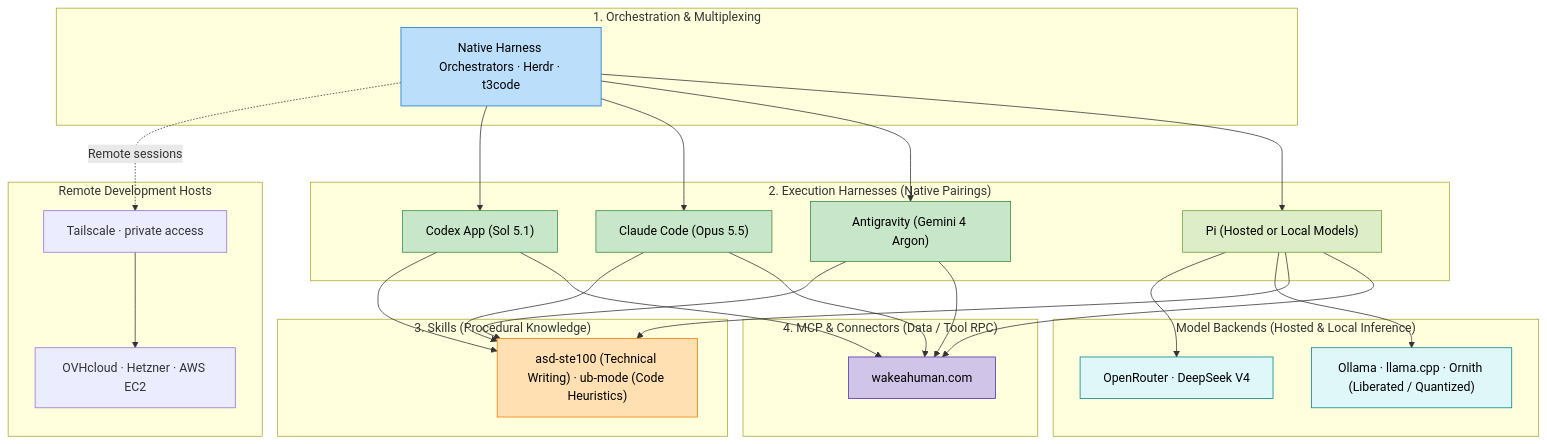
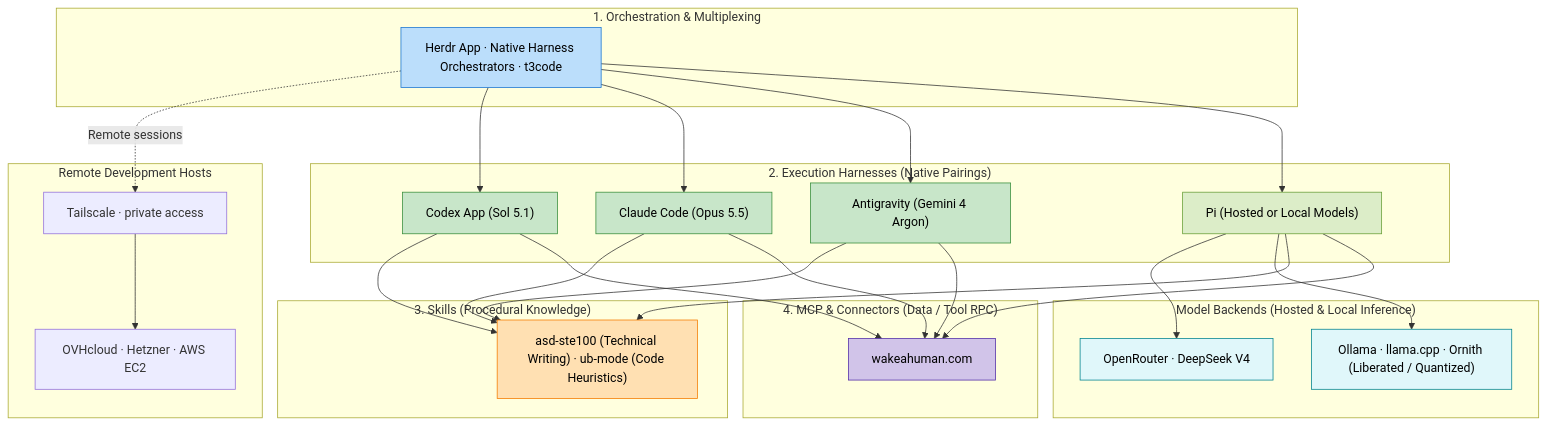
Before and after one commit to gel/gel.github.io: the first of 2 diagrams in content/generative-ai/1-intro/1_genai_environment.md, drawn with Mermaid. The commit also changed other lines of this file, not shown here.

Commit message:
Identify Herdr App as my current agent workspace in the stack

````diff
--- a/content/generative-ai/1-intro/1_genai_environment.md
+++ b/content/generative-ai/1-intro/1_genai_environment.md
@@ -16,48 +16,48 @@
 ```mermaid
 flowchart TD
     subgraph Layer1["1. Orchestration & Multiplexing"]
-        Orch["Native Harness Orchestrators · Herdr · t3code"]
+        Orch["Herdr App · Native Harness Orchestrators · t3code"]
     end
 
     subgraph Layer2["2. Execution Harnesses (Native Pairings)"]
         H_OpenAI["Codex App (Sol 5.1)"]
         H_Anthropic["Claude Code (Opus 5.5)"]
         H_Google["Antigravity (Gemini 4 Argon)"]
         H_Pi["Pi (Hosted or Local Models)"]
     end
 
     subgraph Layer3["3. Skills (Procedural Knowledge)"]
         Skills["asd-ste100 (Technical Writing) · ub-mode (Code Heuristics)"]
     end
 
     subgraph Layer4["4. MCP & Connectors (Data / Tool RPC)"]
         MCP["wakeahuman.com"]
     end
 
     subgraph Backends["Model Backends (Hosted & Local Inference)"]
         Hosted["OpenRouter · DeepSeek V4"]
         Local["Ollama · llama.cpp · Ornith (Liberated / Quantized)"]
     end
     H_Pi --> Hosted & Local
 
     subgraph Remote["Remote Development Hosts"]
         Tailnet["Tailscale · private access"]
         Machines["OVHcloud · Hetzner · AWS EC2"]
         Tailnet --> Machines
     end
     Orch -.->|Remote sessions| Tailnet
 
     Orch --> H_OpenAI & H_Anthropic & H_Google & H_Pi
     H_OpenAI & H_Anthropic & H_Google & H_Pi --> Skills
     H_OpenAI & H_Anthropic & H_Google & H_Pi --> MCP
 
     style Orch fill:#bbdefb,stroke:#1976d2,color:#000
     style H_OpenAI fill:#c8e6c9,stroke:#388e3c,color:#000
     style H_Google fill:#c8e6c9,stroke:#388e3c,color:#000
     style H_Pi fill:#dcedc8,stroke:#689f38,color:#000
     style H_Anthropic fill:#c8e6c9,stroke:#388e3c,color:#000
     style Hosted fill:#e0f7fa,stroke:#00838f,color:#000
     style Local fill:#e0f7fa,stroke:#00838f,color:#000
     style Skills fill:#ffe0b2,stroke:#f57c00,color:#000
     style MCP fill:#d1c4e9,stroke:#512da8,color:#000
 ```
````
